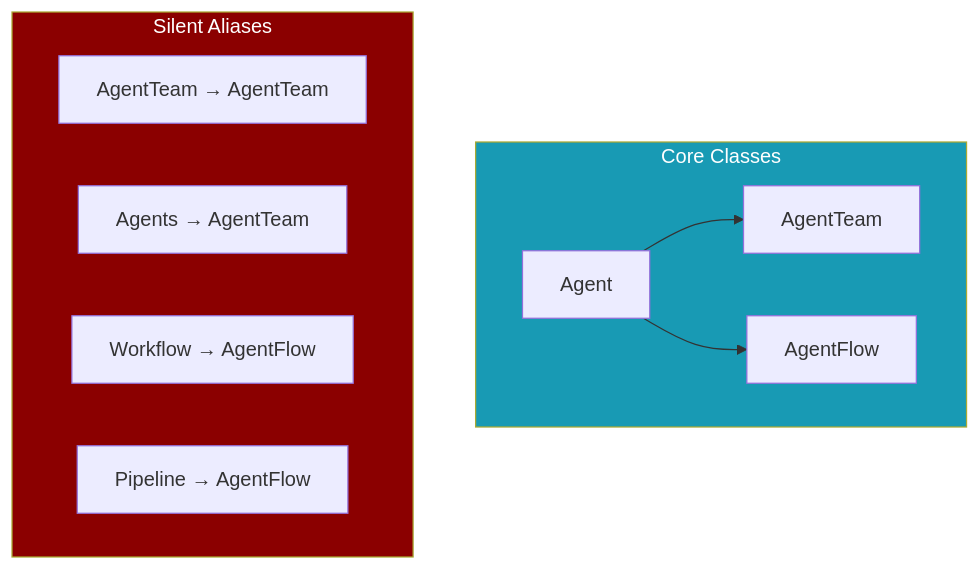
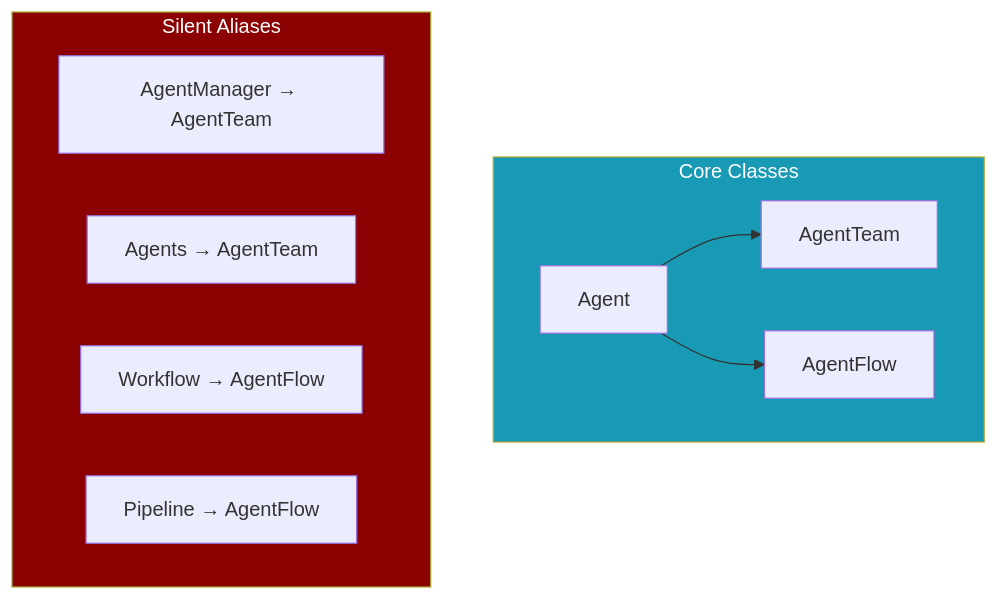
The second of 2 diagrams in docs/concepts/migration-v1.mdx (MervinPraison/PraisonAIDocs), drawn with Mermaid before and after one commit. The commit also changed other lines of this file and 196 other files, not shown here.

Commit message:
Update concepts, JavaScript, examples, SDK code, and add agent-flow, agent-team, and single-file-plugins documentation

````diff
--- a/docs/concepts/migration-v1.mdx
+++ b/docs/concepts/migration-v1.mdx
@@ -179,21 +199,21 @@
 ```mermaid
 flowchart TB
     subgraph Core["Core Classes"]
         A[Agent]
         AT[AgentTeam]
         AF[AgentFlow]
     end
     
     subgraph Aliases["Silent Aliases"]
-        AM[AgentTeam → AgentTeam]
+        AM[AgentManager → AgentTeam]
         AG[Agents → AgentTeam]
         WF[Workflow → AgentFlow]
         PL[Pipeline → AgentFlow]
     end
     
     A --> AT
     A --> AF
     
     style Core fill:#189AB4,color:#fff
     style Aliases fill:#8B0000,color:#fff
 ```
````
